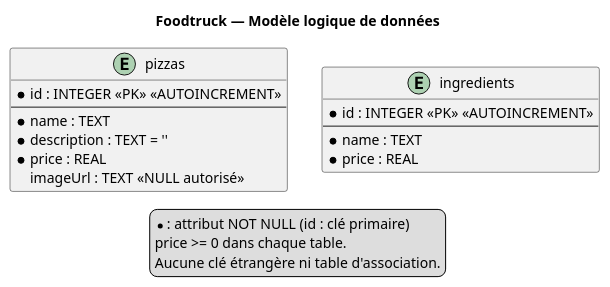
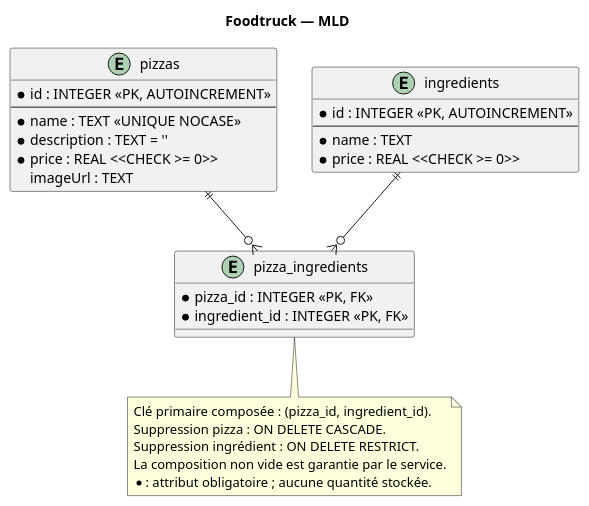
One commit to CPNV-KMI-I321/I321-DavidVilela changed the second of 3 diagrams in docs/a-completer.puml. Above: the diagram before and after it, drawn with PlantUML. The commit also changed other lines of this file and 16 other files, not shown here.

```diff
--- a/docs/a-completer.puml
+++ b/docs/a-completer.puml
@@ -22,22 +25,30 @@
 @startuml mld
- title Foodtruck — Modèle logique de données
+ title Foodtruck — MLD
  entity pizzas {
-   * id : INTEGER <<PK>> <<AUTOINCREMENT>>
+   * id : INTEGER <<PK, AUTOINCREMENT>>
+   --
+   * name : TEXT <<UNIQUE NOCASE>>
+   * description : TEXT = ''
+   * price : REAL <<CHECK >= 0>>
+   imageUrl : TEXT
+ }
+ entity ingredients {
+   * id : INTEGER <<PK, AUTOINCREMENT>>
    --
    * name : TEXT
-   * description : TEXT = ''
-   * price : REAL
-   imageUrl : TEXT <<NULL autorisé>>
+   * price : REAL <<CHECK >= 0>>
  }
- entity ingredients {
-   * id : INTEGER <<PK>> <<AUTOINCREMENT>>
-   --
-   * name : TEXT
-   * price : REAL
+ entity pizza_ingredients {
+   * pizza_id : INTEGER <<PK, FK>>
+   * ingredient_id : INTEGER <<PK, FK>>
  }
- legend bottom
-   * : attribut NOT NULL (id : clé primaire)
-   price >= 0 dans chaque table.
-   Aucune clé étrangère ni table d'association.
- endlegend
+ pizzas ||--o{ pizza_ingredients
+ ingredients ||--o{ pizza_ingredients
+ note bottom of pizza_ingredients
+   Clé primaire composée : (pizza_id, ingredient_id).
+   Suppression pizza : ON DELETE CASCADE.
+   Suppression ingrédient : ON DELETE RESTRICT.
+   La composition non vide est garantie par le service.
+   * : attribut obligatoire ; aucune quantité stockée.
+ end note
 @enduml
```
